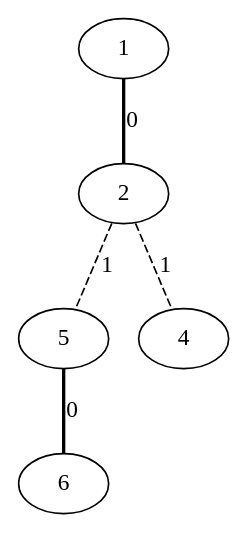
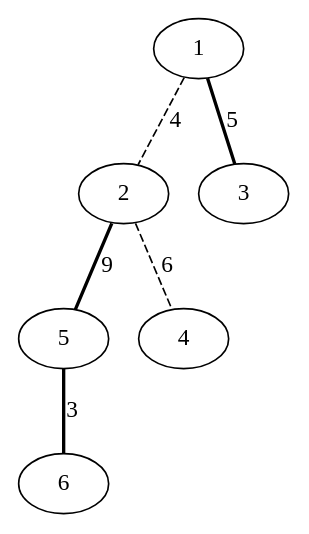
Before and after one commit to Musab1Blaser/DynamicTrees_NF: the diagram in ST-Tree/src/combined_graph.dot, drawn with Graphviz. The commit also changed 7 other files, not shown here.

```diff
--- a/ST-Tree/src/combined_graph.dot
+++ b/ST-Tree/src/combined_graph.dot
@@ -1,6 +1,7 @@
 graph G {
-5 -- 6 [style=bold, label=0];
-1 -- 2 [style=bold, label=0];
-2 -- 4 [style=dashed, label=1];
-2 -- 5 [style=dashed, label=1];
+2 -- 5 [style=bold, label=9];
+5 -- 6 [style=bold, label=3];
+1 -- 3 [style=bold, label=5];
+1 -- 2 [style=dashed, label=4];
+2 -- 4 [style=dashed, label=6];
 }
```
